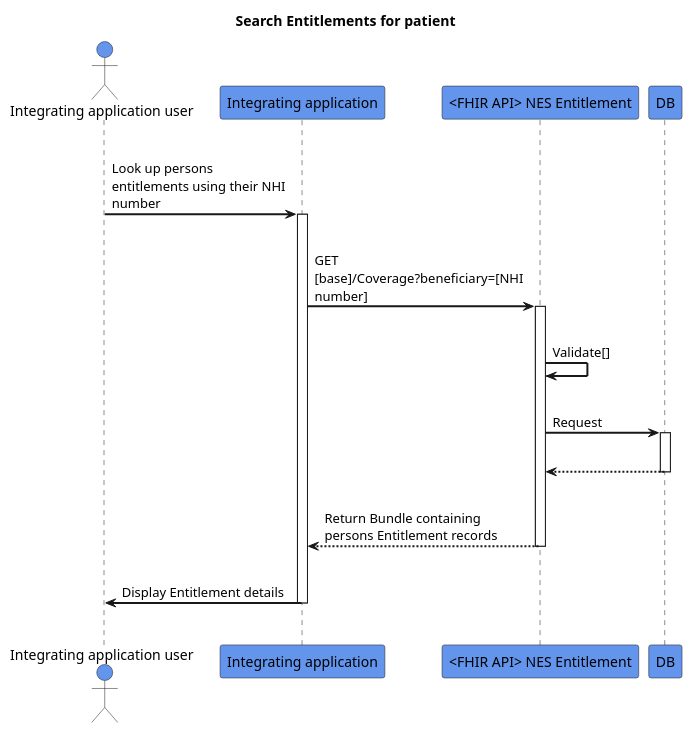
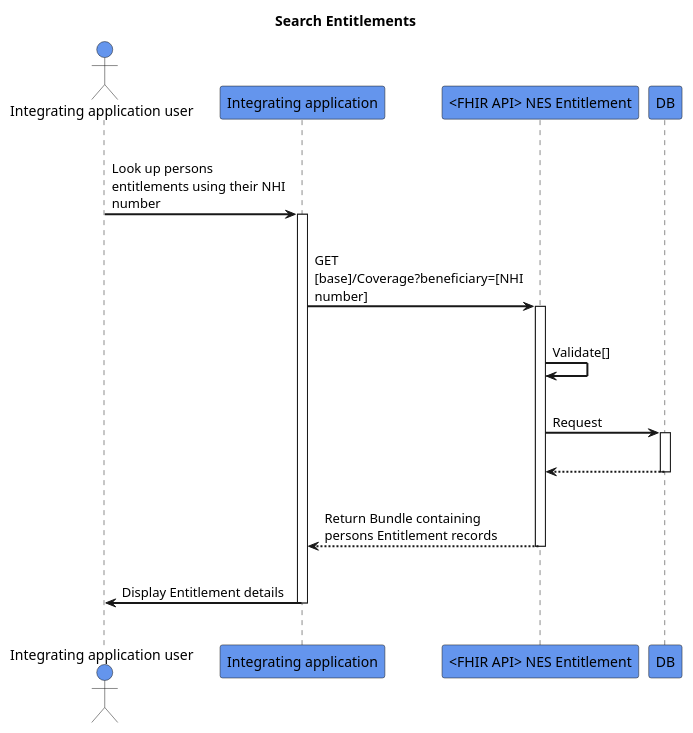
The diagram in input/images-source/search-entitlement.plantuml (HL7NZ/nes-ig), drawn with PlantUML before and after one commit.

```diff
--- a/input/images-source/search-entitlement.plantuml
+++ b/input/images-source/search-entitlement.plantuml
@@ -1,32 +1,32 @@
 @startuml
 skinparam sequenceArrowThickness 2
 skinparam roundcorner 5
 skinparam maxmessagesize 180
 skinparam sequenceParticipant bold
-title Search Entitlements for patient
+title Search Entitlements
 actor "Integrating application user" as User #CornflowerBlue
 participant "Integrating application" as A #CornflowerBlue
 participant "<FHIR API> NES Entitlement" as B #CornflowerBlue
 participant "DB" as C #CornflowerBlue
 |||
 User -> A: Look up persons entitlements using their NHI number
 activate A
 |||
 A -> B: GET [base]/Coverage?beneficiary=[NHI number]
 activate B
 |||
 B -> B: Validate[]
 |||
 B -> C: Request
 activate C
 |||
 C -[dashed]-> B:  
 deactivate C
 |||
 B -[dashed]-> A :Return Bundle containing persons Entitlement records
 deactivate B
 |||
 A -> User: Display Entitlement details
 deactivate A
 |||
 @enduml
```
